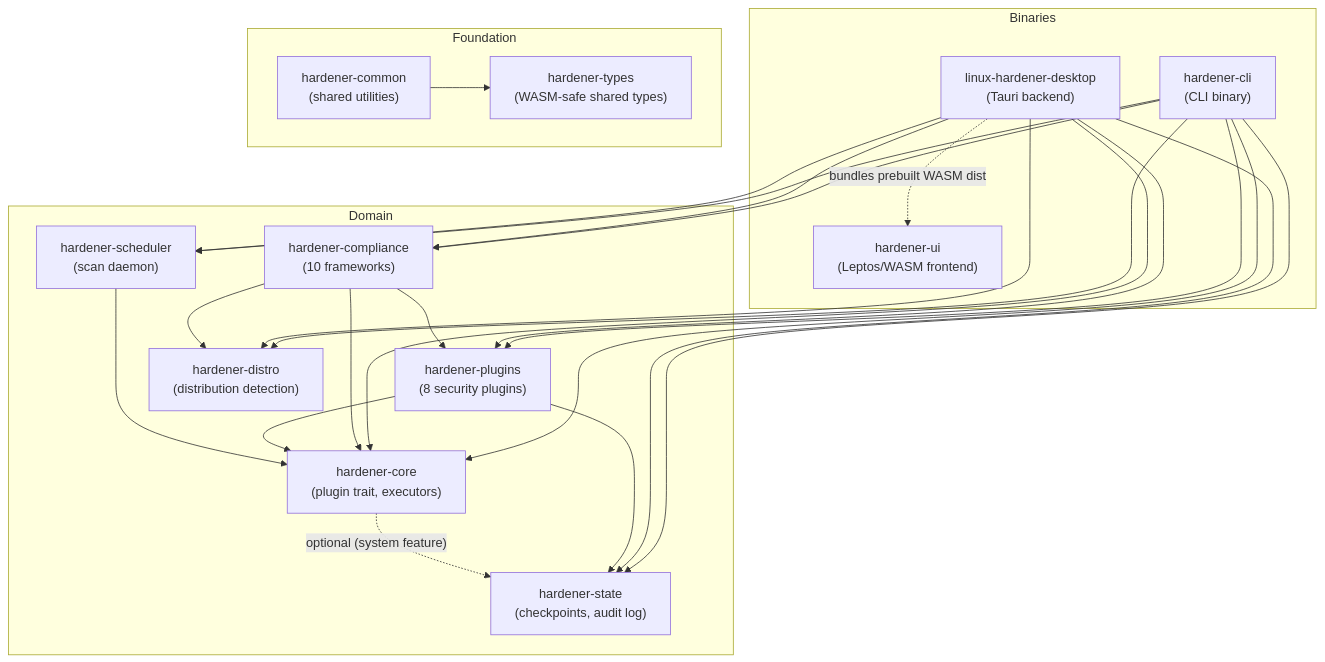
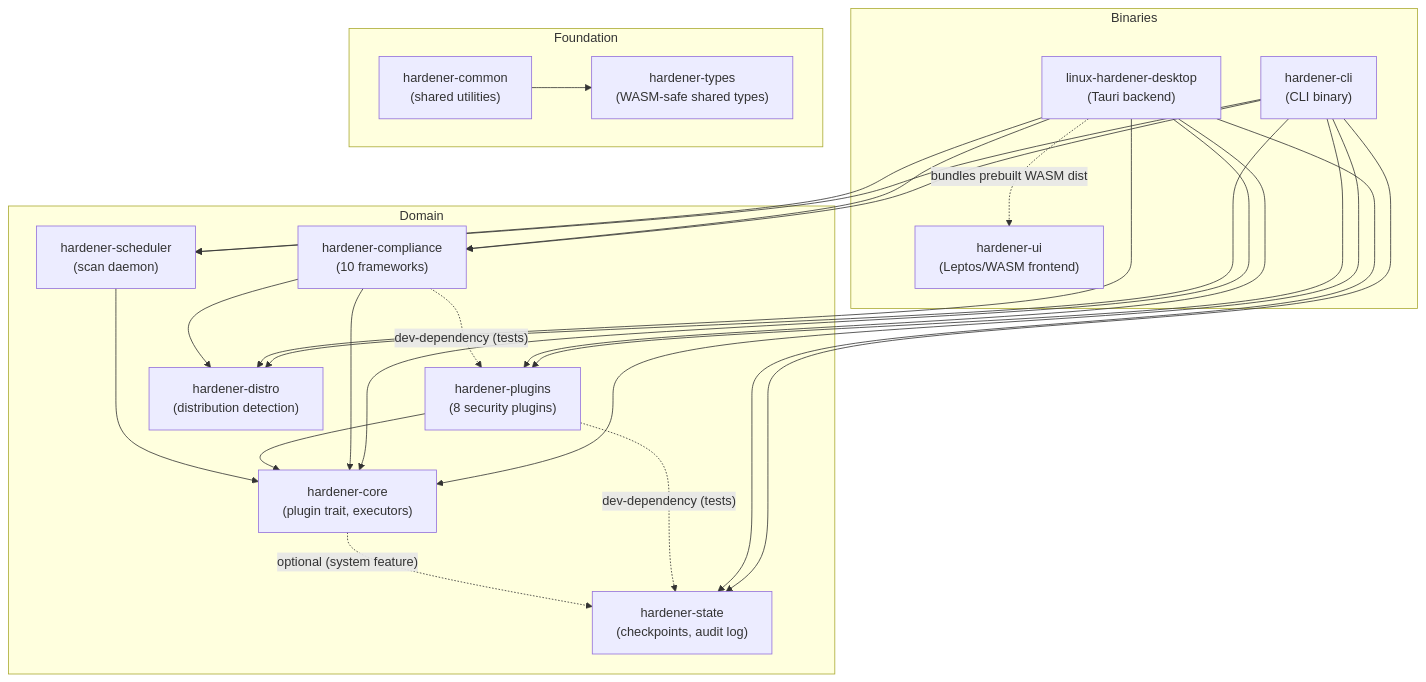
Before and after one commit to tidynest/linux-hardener: the diagram in README.md, drawn with Mermaid. The commit also changed other lines of this file and 23 other files, not shown here.

````diff
--- a/README.md
+++ b/README.md
@@ -170,29 +182,31 @@
 ```mermaid
 graph TD
     subgraph binaries [Binaries]
         CLI["hardener-cli<br>(CLI binary)"]
         DESKTOP["linux-hardener-desktop<br>(Tauri backend)"]
         UI["hardener-ui<br>(Leptos/WASM frontend)"]
     end
     subgraph domain [Domain]
         PLUGINS["hardener-plugins<br>(8 security plugins)"]
         COMPLIANCE["hardener-compliance<br>(10 frameworks)"]
         SCHEDULER["hardener-scheduler<br>(scan daemon)"]
         CORE["hardener-core<br>(plugin trait, executors)"]
         STATE["hardener-state<br>(checkpoints, audit log)"]
         DISTRO["hardener-distro<br>(distribution detection)"]
     end
     subgraph foundation [Foundation]
         COMMON["hardener-common<br>(shared utilities)"]
         TYPES["hardener-types<br>(WASM-safe shared types)"]
     end
 
     CLI --> PLUGINS & COMPLIANCE & SCHEDULER & CORE & STATE & DISTRO
     DESKTOP --> PLUGINS & COMPLIANCE & SCHEDULER & CORE & STATE & DISTRO
-    COMPLIANCE --> PLUGINS & CORE & DISTRO
-    PLUGINS --> CORE & STATE
+    COMPLIANCE --> CORE & DISTRO
+    PLUGINS --> CORE
     SCHEDULER --> CORE
+    COMPLIANCE -. "dev-dependency (tests)" .-> PLUGINS
+    PLUGINS -. "dev-dependency (tests)" .-> STATE
     CORE -. "optional (system feature)" .-> STATE
     DESKTOP -. "bundles prebuilt WASM dist" .-> UI
     COMMON --> TYPES
 ```
````
